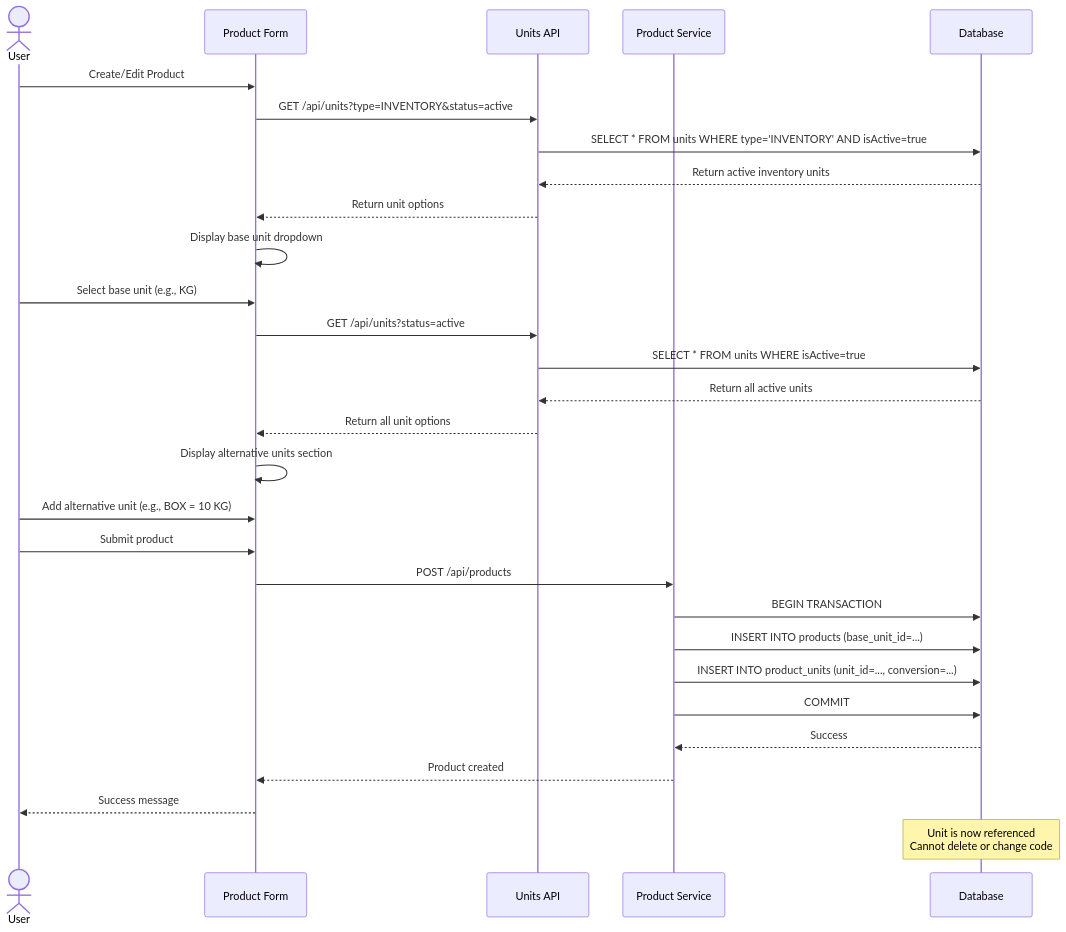
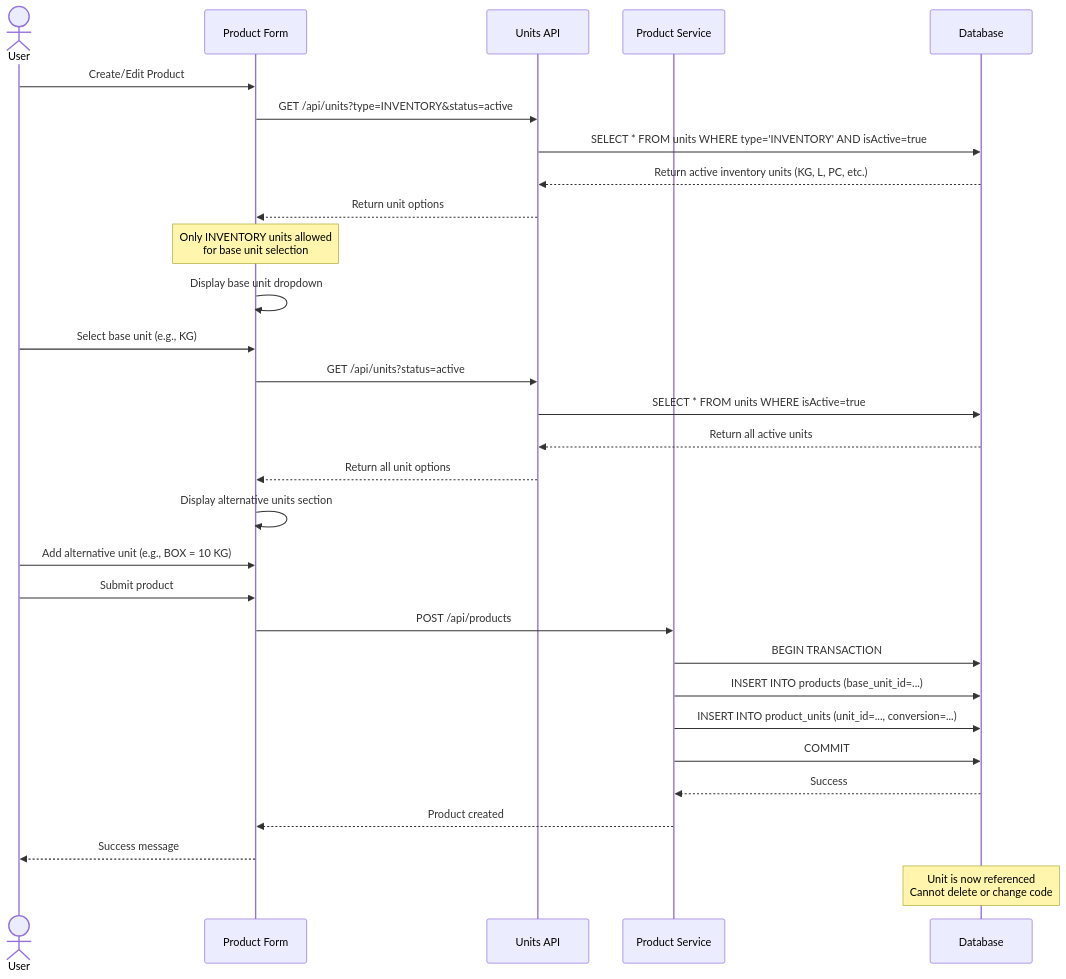
One commit to PeakMNA/carmen changed diagram 12 of 16 in docs/app/product-management/units/FD-units.md. Above: the diagram before and after it, drawn with Mermaid. The commit also changed other lines of this file and 473 other files, not shown here.

````diff
--- a/docs/app/product-management/units/FD-units.md
+++ b/docs/app/product-management/units/FD-units.md
@@ -1130,37 +1132,39 @@
 ```mermaid
 sequenceDiagram
     actor User
     participant ProductForm as Product Form
     participant UnitAPI as Units API
     participant ProductService as Product Service
     participant DB as Database
 
     User->>ProductForm: Create/Edit Product
     ProductForm->>UnitAPI: GET /api/units?type=INVENTORY&status=active
     UnitAPI->>DB: SELECT * FROM units WHERE type='INVENTORY' AND isActive=true
-    DB-->>UnitAPI: Return active inventory units
+    DB-->>UnitAPI: Return active inventory units (KG, L, PC, etc.)
     UnitAPI-->>ProductForm: Return unit options
+
+    Note over ProductForm: Only INVENTORY units allowed<br>for base unit selection
 
     ProductForm->>ProductForm: Display base unit dropdown
     User->>ProductForm: Select base unit (e.g., KG)
 
     ProductForm->>UnitAPI: GET /api/units?status=active
     UnitAPI->>DB: SELECT * FROM units WHERE isActive=true
     DB-->>UnitAPI: Return all active units
     UnitAPI-->>ProductForm: Return all unit options
 
     ProductForm->>ProductForm: Display alternative units section
     User->>ProductForm: Add alternative unit (e.g., BOX = 10 KG)
     User->>ProductForm: Submit product
 
     ProductForm->>ProductService: POST /api/products
     ProductService->>DB: BEGIN TRANSACTION
     ProductService->>DB: INSERT INTO products (base_unit_id=...)
     ProductService->>DB: INSERT INTO product_units (unit_id=..., conversion=...)
     ProductService->>DB: COMMIT
     DB-->>ProductService: Success
     ProductService-->>ProductForm: Product created
     ProductForm-->>User: Success message
 
     Note over DB: Unit is now referenced<br>Cannot delete or change code
 ```
````
